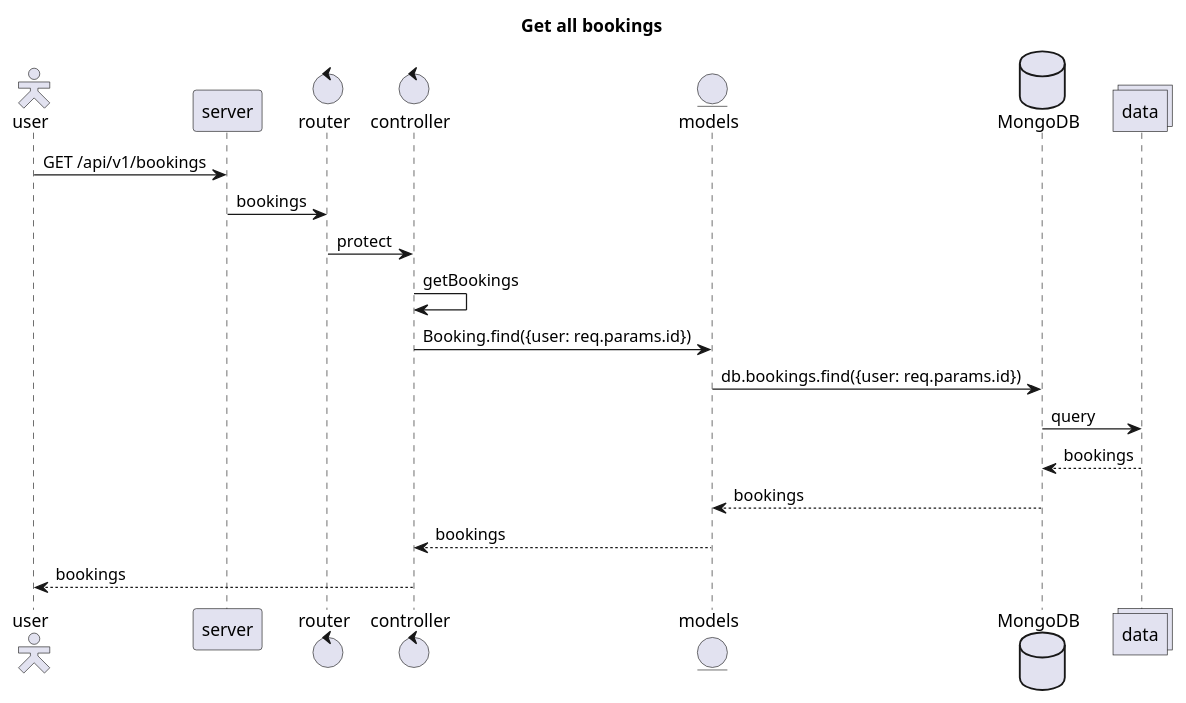
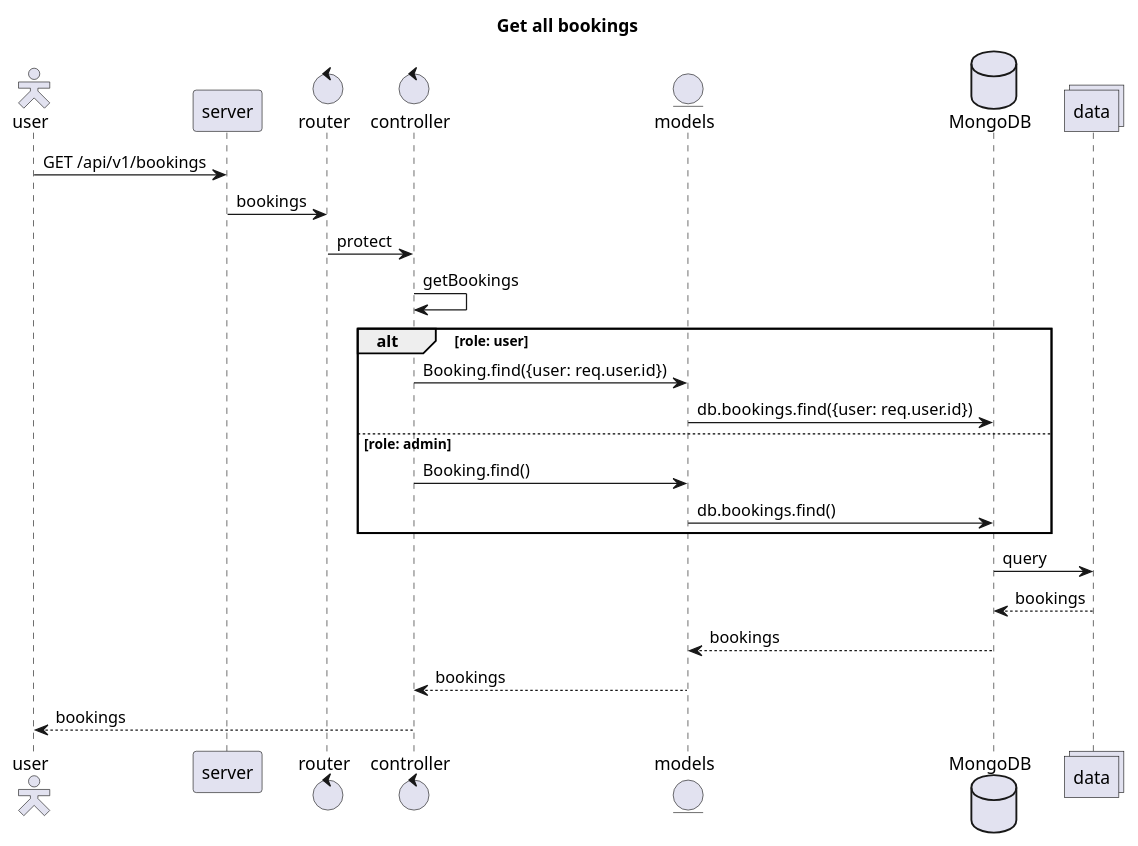
The diagram in diagrams/sequence41_viewbookings.puml (2110503TACEDT66/presentation-day-1-groupback), drawn with PlantUML before and after one commit.

Commit message:
diagram update three

```diff
--- a/diagrams/sequence41_viewbookings.puml
+++ b/diagrams/sequence41_viewbookings.puml
@@ -1,22 +1,27 @@
 @startuml sequence
 title Get all bookings
 skinparam actorStyle Hollow
 actor user
 participant server
 control router
 control controller
 entity models
 database MongoDB as db
 collections data
 user -> server : GET /api/v1/bookings
 server -> router : bookings
 router -> controller : protect
 controller -> controller : getBookings
-controller -> models : Booking.find({user: req.params.id})
-models -> db : db.bookings.find({user: req.params.id})
+alt role: user
+controller -> models : Booking.find({user: req.user.id})
+models -> db : db.bookings.find({user: req.user.id})
+else role: admin
+controller -> models : Booking.find()
+models -> db : db.bookings.find()
+end
 db -> data : query
 db <-- data : bookings
 models <-- db : bookings
 controller <-- models : bookings
 user <-- controller : bookings
 @enduml
```
